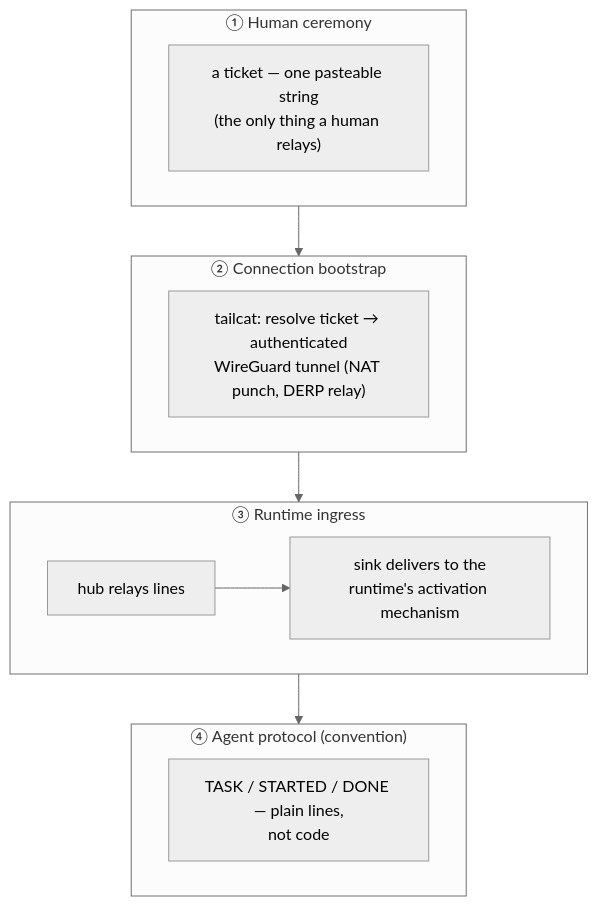
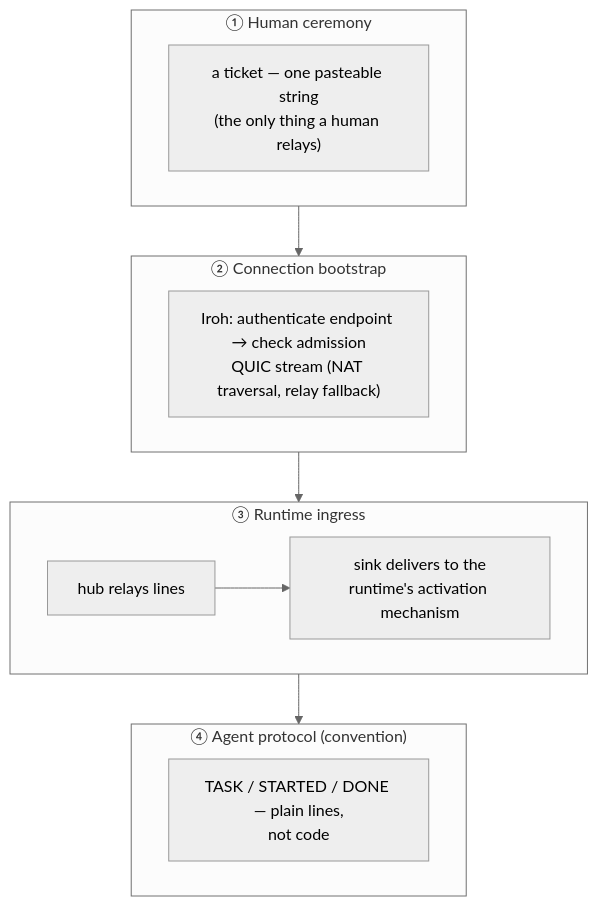
One commit to joshuafuller/agentbus changed the first of 6 diagrams in docs/ARCHITECTURE.md. Above: the diagram before and after it, drawn with Mermaid (neutral theme). The commit also changed other lines of this file and 47 other files, not shown here.

Commit message:
Replace Tailcat with official Rust Iroh and sandbox Codex replies (#55)

````diff
--- a/docs/ARCHITECTURE.md
+++ b/docs/ARCHITECTURE.md
@@ -16,16 +16,16 @@
 ```mermaid
 flowchart TB
     subgraph L1["① Human ceremony"]
         T["a ticket — one pasteable string<br/>(the only thing a human relays)"]
     end
     subgraph L2["② Connection bootstrap"]
-        TC["tailcat: resolve ticket → authenticated<br/>WireGuard tunnel (NAT punch, DERP relay)"]
+        TC["Iroh: authenticate endpoint → check admission<br/>QUIC stream (NAT traversal, relay fallback)"]
     end
     subgraph L3["③ Runtime ingress"]
         HUB["hub relays lines"] --> SINK["sink delivers to the<br/>runtime's activation mechanism"]
     end
     subgraph L4["④ Agent protocol (convention)"]
         MSG["TASK / STARTED / DONE — plain lines,<br/>not code"]
     end
     L1 --> L2 --> L3 --> L4
 ```
````
